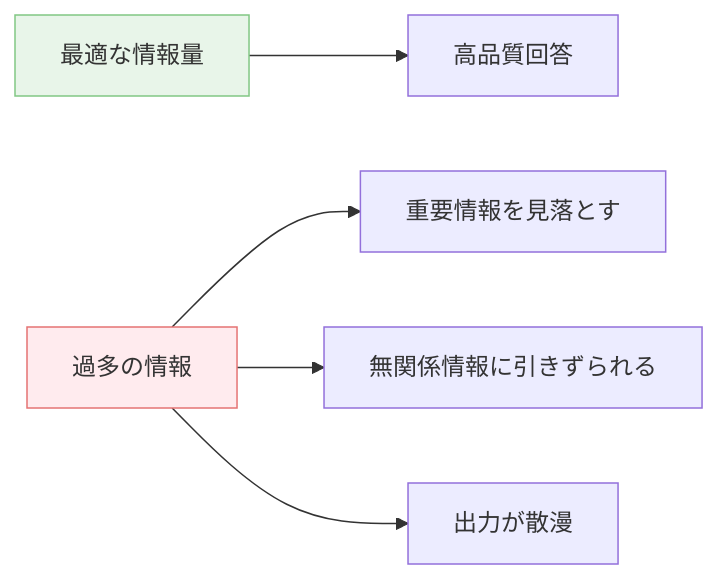
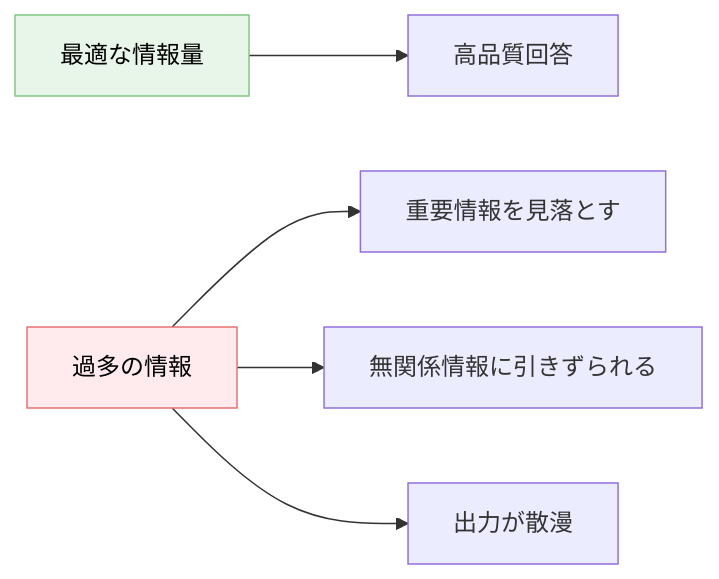
One commit to dinekt/dinekt-wiki changed the first of 2 diagrams in docs/patterns/情報過多コンテキストの-4-つの失敗モード.md. Above: the diagram before and after it, drawn with Mermaid. The commit also changed other lines of this file and 71 other files, not shown here.

First line of the commit message:
fix: mermaid readability + remove GitHub repo toolbar

````diff
--- a/docs/patterns/情報過多コンテキストの-4-つの失敗モード.md
+++ b/docs/patterns/情報過多コンテキストの-4-つの失敗モード.md
@@ -23,10 +23,10 @@
 ```mermaid
 flowchart LR
     C1[最適な情報量] --> Q1[高品質回答]
     C2[過多の情報] --> Q2[重要情報を見落とす]
     C2 --> Q3[無関係情報に引きずられる]
     C2 --> Q4[出力が散漫]
 
-    style C1 fill:#e8f5e9,stroke:#81c784
-    style C2 fill:#ffebee,stroke:#e57373
+    style C1 fill:#e8f5e9,stroke:#81c784,color:#000
+    style C2 fill:#ffebee,stroke:#e57373,color:#000
 ```
````
